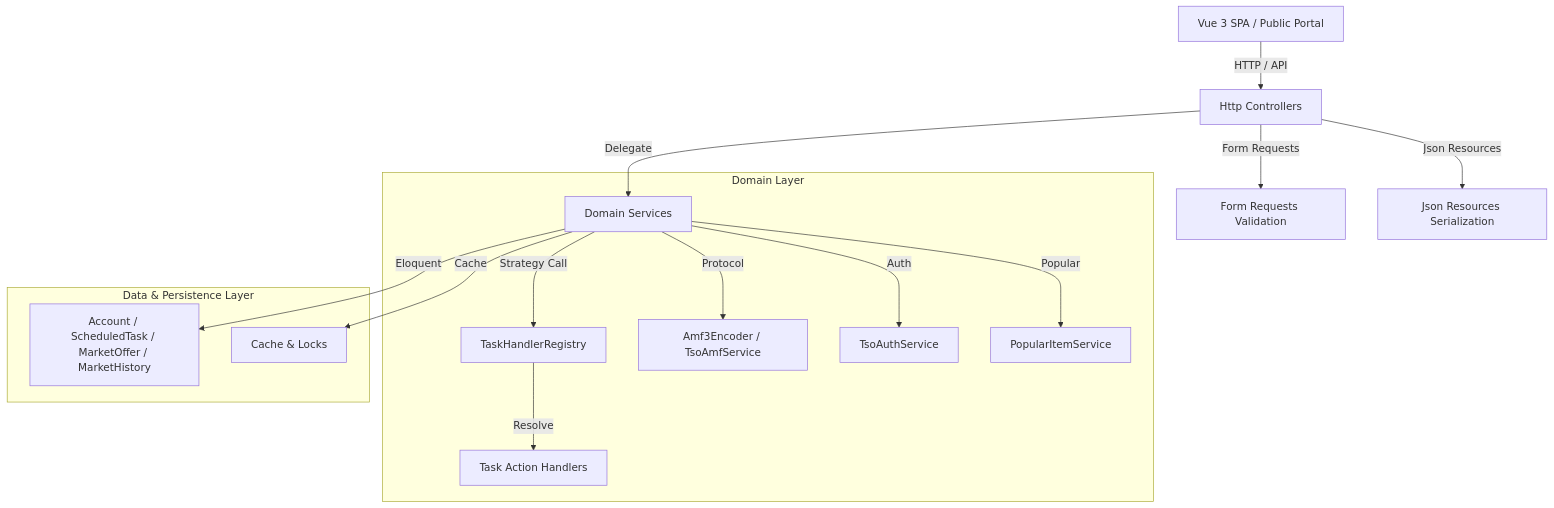
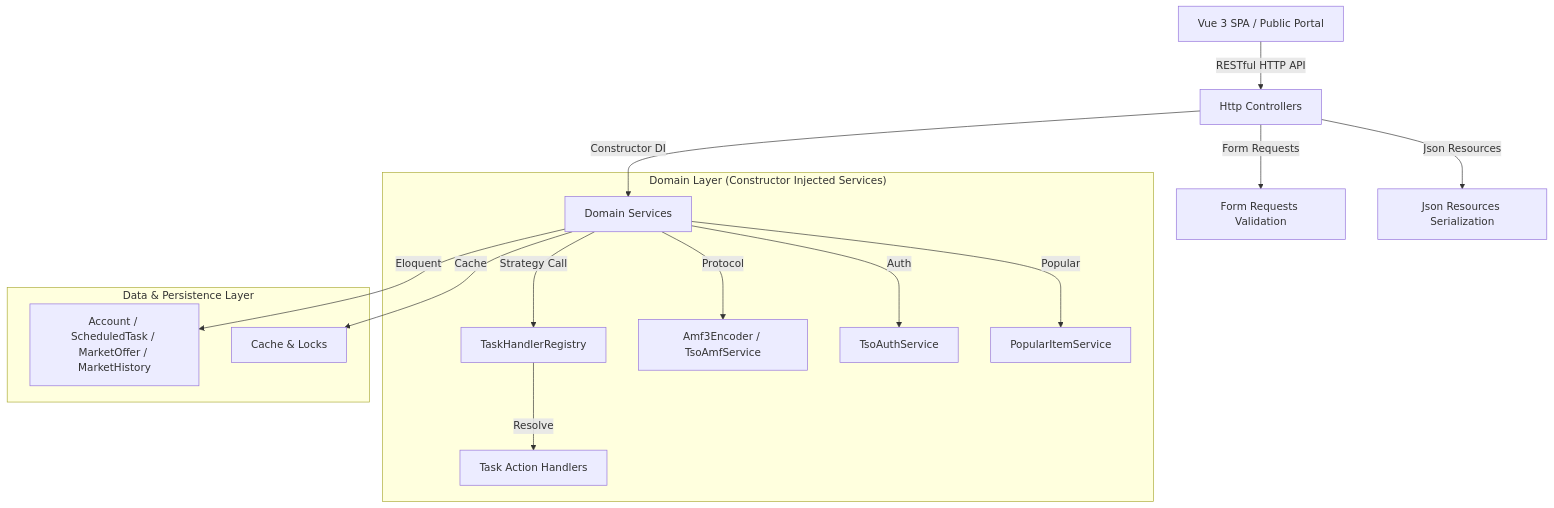
One commit to Glebsky/tso-manager-render changed the diagram in docs/spec/solid-refactor/design.md. Above: the diagram before and after it, drawn with Mermaid. The commit also changed other lines of this file and 3 other files, not shown here.

First line of the commit message:
docs(spec): update solid refactor specification and roadmap docs

````diff
--- a/docs/spec/solid-refactor/design.md
+++ b/docs/spec/solid-refactor/design.md
@@ -5,20 +5,20 @@
 ```mermaid
 graph TD
-    Client[Vue 3 SPA / Public Portal] -->|HTTP / API| Controllers[Http Controllers]
+    Client[Vue 3 SPA / Public Portal] -->|RESTful HTTP API| Controllers[Http Controllers]
     Controllers -->|Form Requests| FormRequests[Form Requests Validation]
     Controllers -->|Json Resources| JsonResources[Json Resources Serialization]
-    Controllers -->|Delegate| Services[Domain Services]
+    Controllers -->|Constructor DI| Services[Domain Services]
     
-    subgraph "Domain Layer"
+    subgraph "Domain Layer (Constructor Injected Services)"
         Services -->|Strategy Call| TaskRegistry[TaskHandlerRegistry]
         TaskRegistry -->|Resolve| TaskHandlers[Task Action Handlers]
         Services -->|Protocol| AMFClient[Amf3Encoder / TsoAmfService]
         Services -->|Auth| AuthService[TsoAuthService]
         Services -->|Popular| PopularService[PopularItemService]
     end
 
     subgraph "Data & Persistence Layer"
         Services -->|Eloquent| Models[Account / ScheduledTask / MarketOffer / MarketHistory]
         Services -->|Cache| Redis[Cache & Locks]
     end
 ```
````
